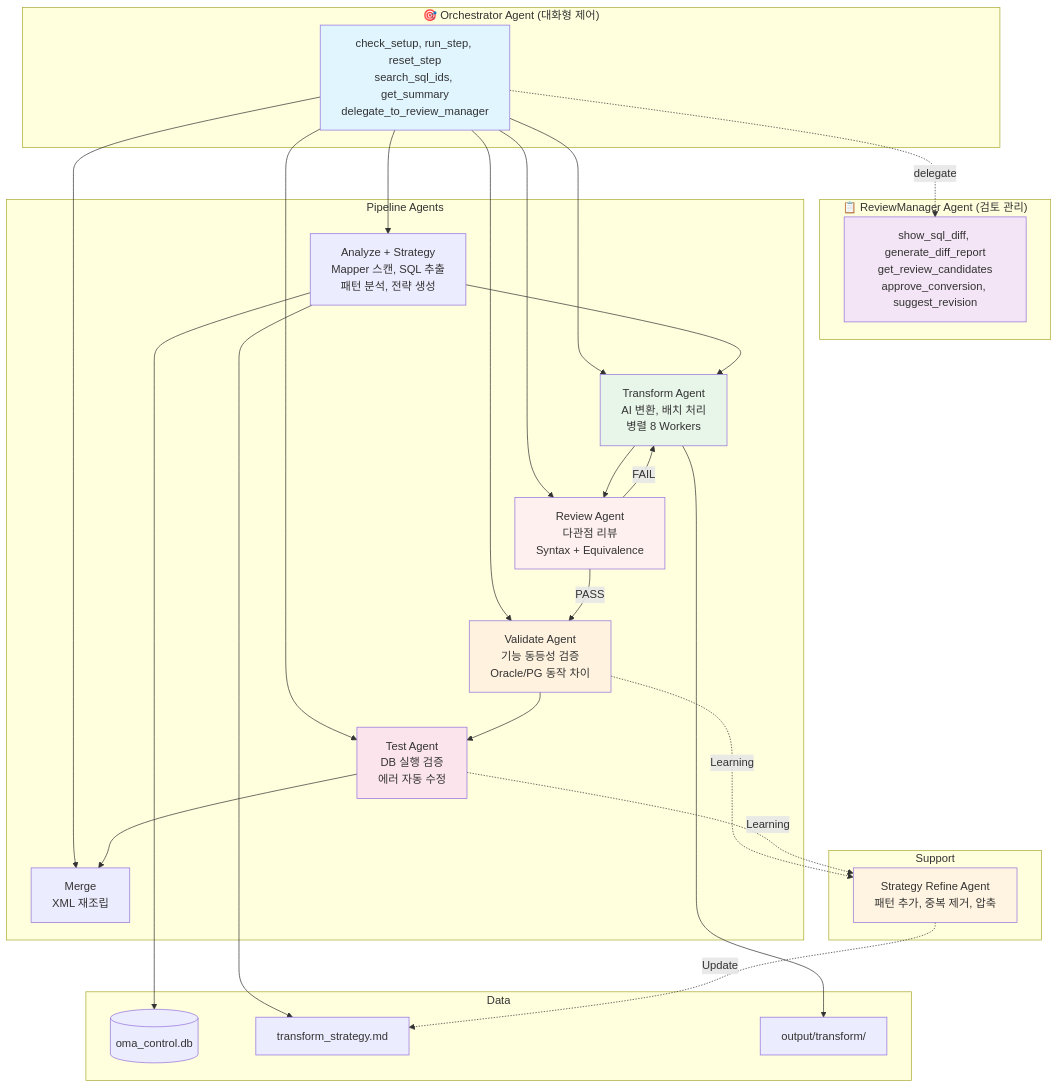
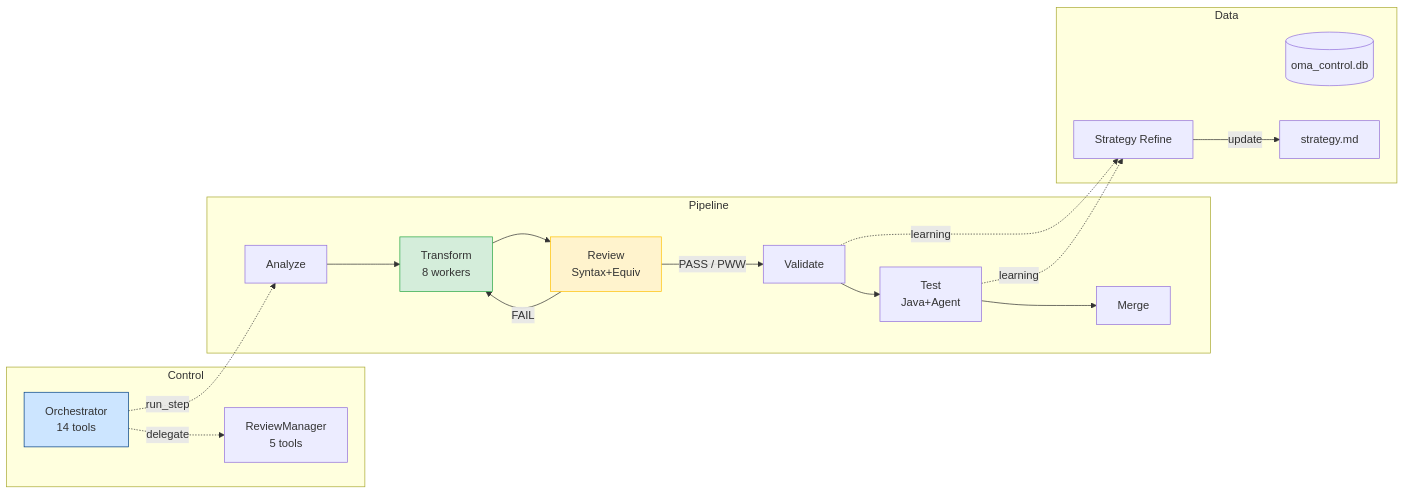
The diagram in docs/SYSTEM_DOCUMENTATION.md (aws-samples/sample-oracle-modernization-agent), drawn with Mermaid before and after one commit. The commit also changed other lines of this file and 16 other files, not shown here.

First line of the commit message:
refactor: Agent behavior patterns — DB state check, queue IPC, severity review

````diff
--- a/docs/SYSTEM_DOCUMENTATION.md
+++ b/docs/SYSTEM_DOCUMENTATION.md
@@ -42,53 +42,32 @@
 ```mermaid
-graph TB
-    subgraph Orchestrator["🎯 Orchestrator Agent (대화형 제어)"]
-        ORC[check_setup, run_step, reset_step<br/>search_sql_ids, get_summary<br/>delegate_to_review_manager]
+graph LR
+    subgraph Control
+        ORC[Orchestrator<br/>14 tools]
+        RVM[ReviewManager<br/>5 tools]
     end
 
-    subgraph ReviewMgr["📋 ReviewManager Agent (검토 관리)"]
-        RVM[show_sql_diff, generate_diff_report<br/>get_review_candidates<br/>approve_conversion, suggest_revision]
+    subgraph Pipeline
+        ANA[Analyze] --> TRF[Transform<br/>8 workers]
+        TRF --> REV[Review<br/>Syntax+Equiv]
+        REV -->|PASS / PWW| VAL[Validate]
+        REV -->|FAIL| TRF
+        VAL --> TST[Test<br/>Java+Agent]
+        TST --> MRG[Merge]
     end
 
-    subgraph Pipeline["Pipeline Agents"]
-        ANA[Analyze + Strategy<br/>Mapper 스캔, SQL 추출<br/>패턴 분석, 전략 생성]
-        TRF[Transform Agent<br/>AI 변환, 배치 처리<br/>병렬 8 Workers]
-        REV[Review Agent<br/>다관점 리뷰<br/>Syntax + Equivalence]
-        VAL[Validate Agent<br/>기능 동등성 검증<br/>Oracle/PG 동작 차이]
-        TST[Test Agent<br/>DB 실행 검증<br/>에러 자동 수정]
-        MRG[Merge<br/>XML 재조립]
+    subgraph Data
+        DB[(oma_control.db)]
+        STG[strategy.md]
+        SRF[Strategy Refine]
     end
 
-    subgraph Support["Support"]
-        SRF[Strategy Refine Agent<br/>패턴 추가, 중복 제거, 압축]
-    end
+    ORC -.->|run_step| ANA
+    ORC -.->|delegate| RVM
+    VAL -.->|learning| SRF
+    TST -.->|learning| SRF
+    SRF -->|update| STG
 
-    subgraph Storage["Data"]
-        DB1[(oma_control.db)]
-        STG[transform_strategy.md]
-        OUT[output/transform/]
-    end
-
-    ORC --> ANA & TRF & REV & VAL & TST & MRG
-    ORC -.->|delegate| RVM
-
-    ANA --> TRF
-    TRF --> REV
-    REV -->|FAIL| TRF
-    REV -->|PASS| VAL
-    VAL --> TST
-    TST --> MRG
-
-    ANA --> DB1 & STG
-    TRF --> OUT
-    VAL -.->|Learning| SRF
-    TST -.->|Learning| SRF
-    SRF -.->|Update| STG
-
-    style ORC fill:#e1f5ff
-    style RVM fill:#f3e5f5
-    style REV fill:#fff0f0
-    style TRF fill:#e8f5e9
-    style VAL fill:#fff3e0
-    style TST fill:#fce4ec
-    style SRF fill:#fff4e1
+    style REV fill:#fff3cd,stroke:#ffc107
+    style TRF fill:#d4edda,stroke:#28a745
+    style ORC fill:#cce5ff,stroke:#004085
 ```
````
